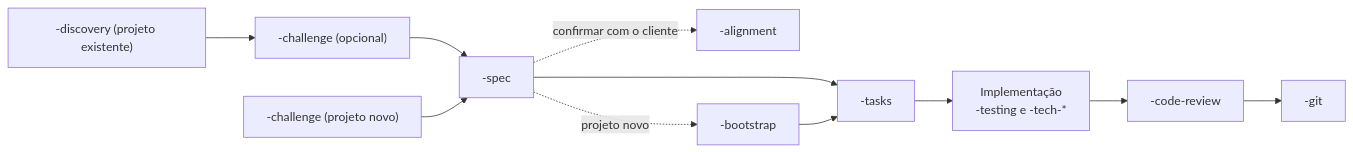
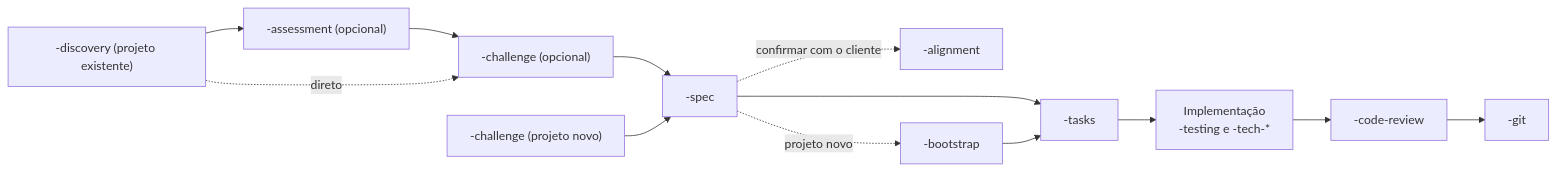
The diagram in README.md (heliomarpm/skills), drawn with Mermaid before and after one commit. The commit also changed other lines of this file and 1 other file, not shown here.

First line of the commit message:
feat(assessment): ✨ criar skill para diagnóstico e evolução de projetos

````diff
--- a/README.md
+++ b/README.md
@@ -92,12 +93,13 @@
 ```mermaid
 flowchart LR
-  D["-discovery (projeto existente)"] --> CO["-challenge (opcional)"] --> S["-spec"]
+  D["-discovery (projeto existente)"] --> AS["-assessment (opcional)"] --> CO["-challenge (opcional)"] --> S["-spec"]
+  D -.->|direto| CO
   C["-challenge (projeto novo)"] --> S
   S -.->|confirmar com o cliente| A["-alignment"]
   S -.->|projeto novo| B["-bootstrap"]
   S --> T["-tasks"]
   B --> T
   T --> I["Implementação<br/>-testing e -tech-*"]
   I --> R["-code-review"]
   R --> G["-git"]
 ```
````
